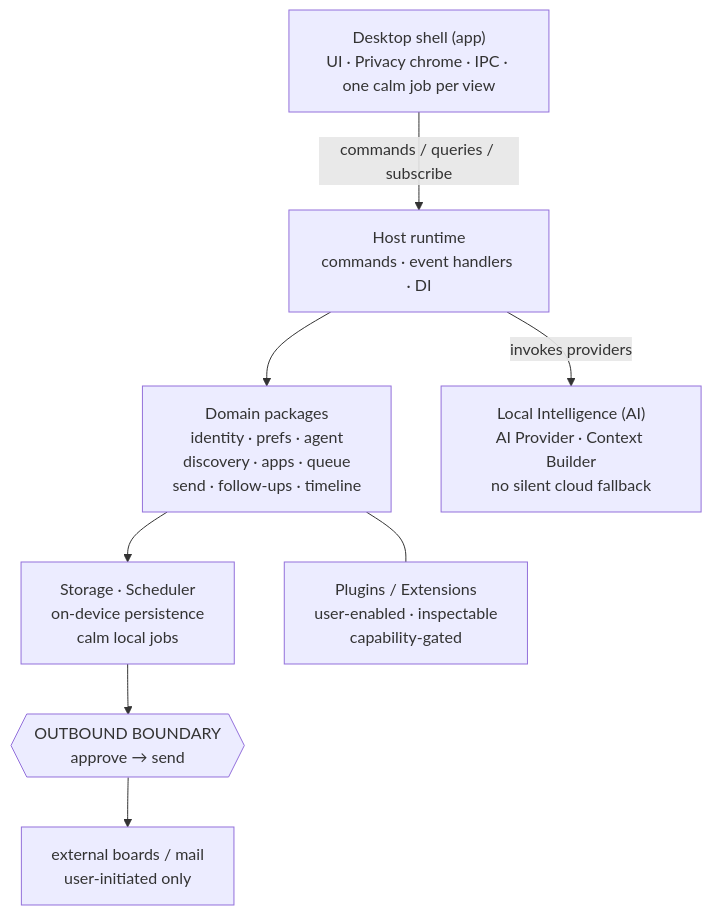
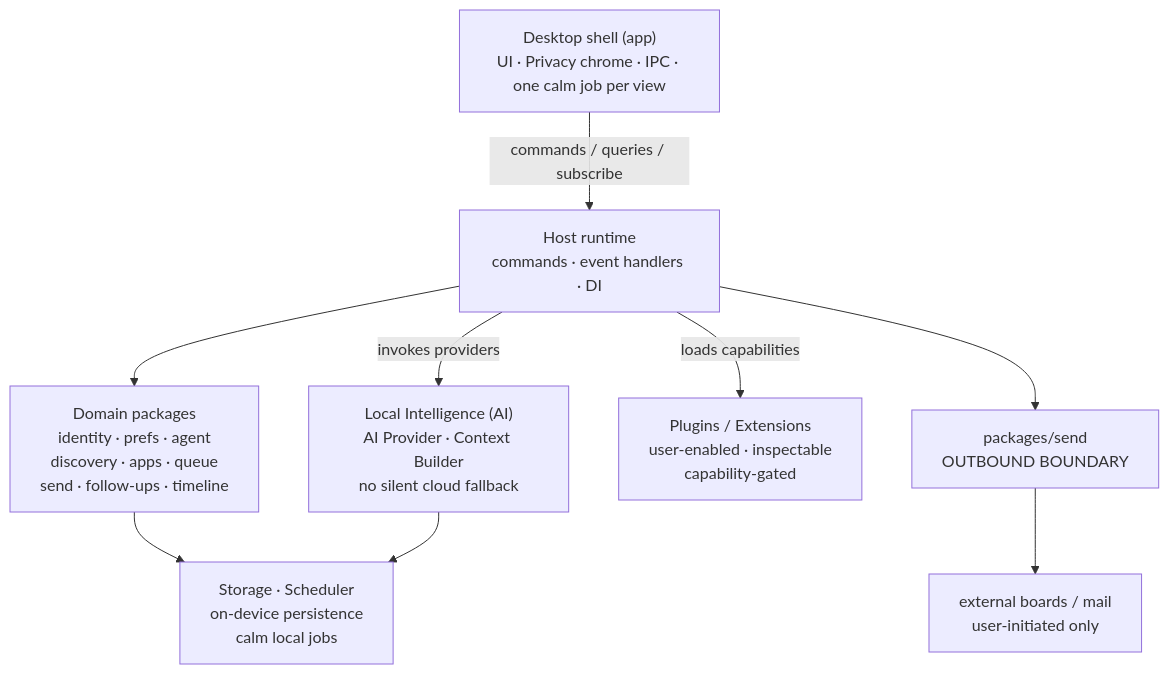
One commit to ammar-tariq/jobjitsu changed the diagram in docs/architecture/OVERVIEW.md. Above: the diagram before and after it, drawn with Mermaid. The commit also changed 11 other files, not shown here.

First line of the commit message:
docs(architecture): review system map and raise score to 95+

````diff
--- a/docs/architecture/OVERVIEW.md
+++ b/docs/architecture/OVERVIEW.md
@@ -18,19 +18,20 @@
 ```mermaid
 flowchart TB
   shell["Desktop shell (app)<br/>UI · Privacy chrome · IPC · one calm job per view"]
   host["Host runtime<br/>commands · event handlers · DI"]
   domain["Domain packages<br/>identity · prefs · agent<br/>discovery · apps · queue<br/>send · follow-ups · timeline"]
   ai["Local Intelligence (AI)<br/>AI Provider · Context Builder<br/>no silent cloud fallback"]
   storage["Storage · Scheduler<br/>on-device persistence<br/>calm local jobs"]
   plugins["Plugins / Extensions<br/>user-enabled · inspectable<br/>capability-gated"]
-  boundary{{"OUTBOUND BOUNDARY<br/>approve → send"}}
+  sendPkg["packages/send<br/>OUTBOUND BOUNDARY"]
   external["external boards / mail<br/>user-initiated only"]
 
   shell -->|"commands / queries / subscribe"| host
   host --> domain
   host -->|"invokes providers"| ai
+  host -->|"loads capabilities"| plugins
   domain --> storage
-  domain --- plugins
-  storage --> boundary
-  boundary --> external
+  ai --> storage
+  host --> sendPkg
+  sendPkg --> external
 ```
````
